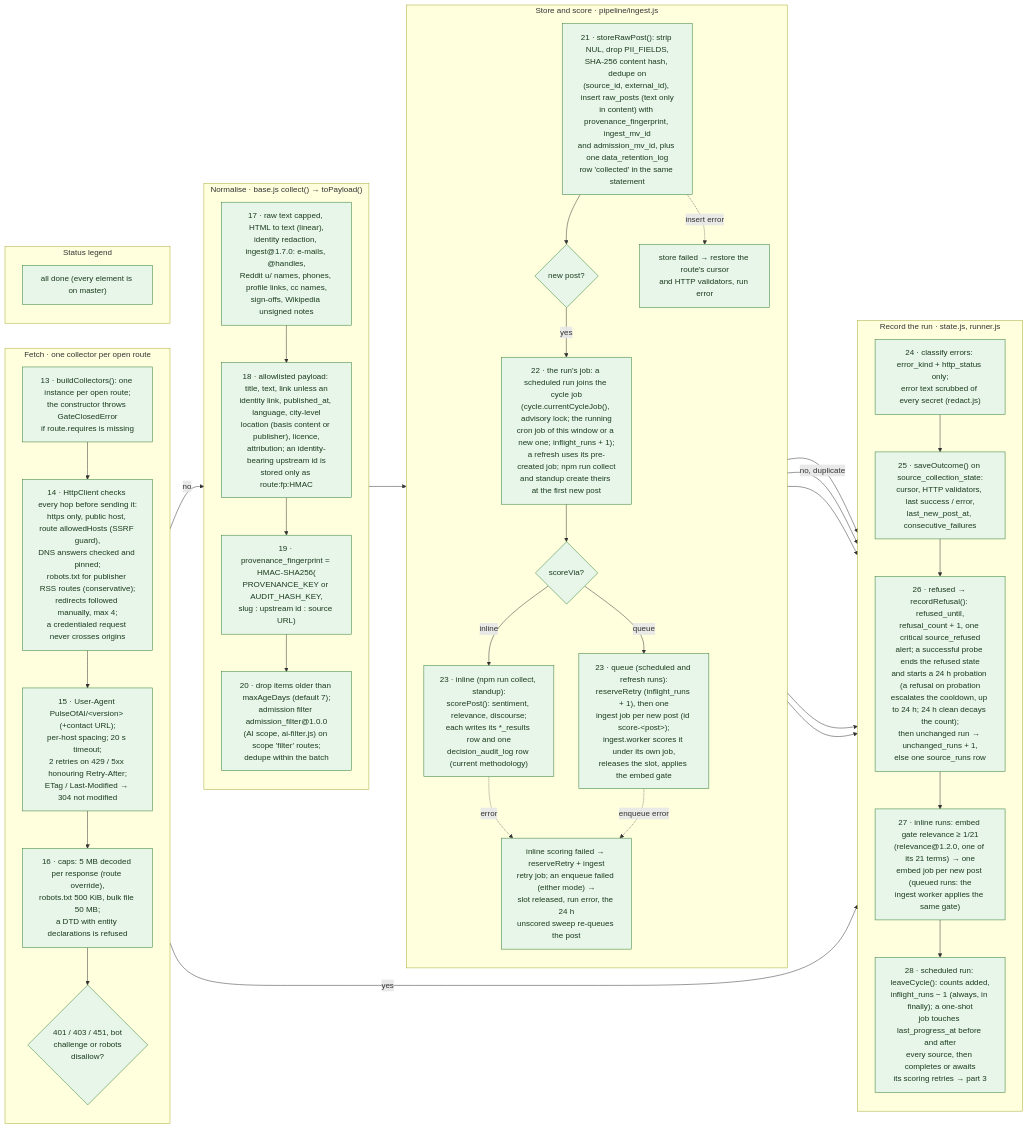
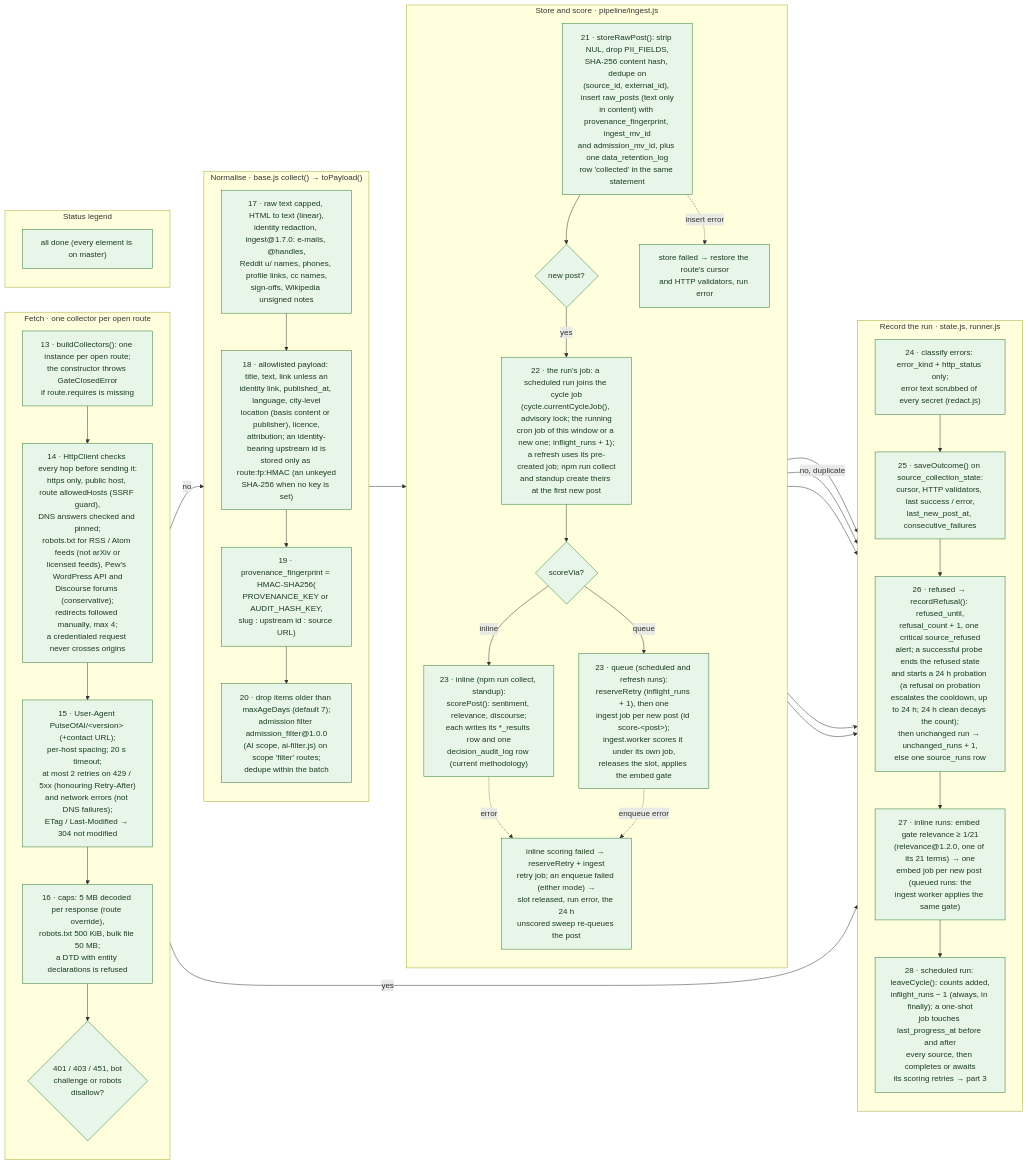
One commit to jennifer-mckinney/pulse-of-ai changed the diagram in docs/diagrams/flows/collection-2-fetch-store-score.mmd. Above: the diagram before and after it, drawn with Mermaid. The commit also changed 35 other files, not shown here.

```diff
--- a/docs/diagrams/flows/collection-2-fetch-store-score.mmd
+++ b/docs/diagrams/flows/collection-2-fetch-store-score.mmd
@@ -1,67 +1,67 @@
 %% Title: Collection cycle · part 2 of 3 · fetch, normalise, store, score
 %% Summary: What one open route of a claimed source does: the guarded HTTP fetch, normalisation with redaction, the admission filter and the provenance fingerprint, storage with the ingest and admission versions, scoring (ingest queue for scheduled and refresh runs, inline for npm run collect and standup) with audit rows, and the run record.
 %% Sources: src/collectors/{index,base,http,netguard,transport,robots,normalize,identity,provenance,errors,redact,state,refusal,cycle,runner,ai-filter}.js, src/workers/{collect,ingest}.worker.js, src/pipeline/{ingest,sentiment,relevance,discourse,methodology}.js, src/config/methodology-registry.js; migrations 022, 031, 040, 042, 062. Spec: TECHNICAL_SPEC.md section 8 (PII handling, provenance); ADR 0001 (terms and politeness, D2); PR #22 decision G6.
 flowchart LR
 
   subgraph FETCH["Fetch · one collector per open route"]
     direction TB
     F1["13 · buildCollectors(): one instance per open route;<br/>the constructor throws GateClosedError<br/>if route.requires is missing"]:::done
-    F2["14 · HttpClient checks every hop before sending it:<br/>https only, public host, route allowedHosts (SSRF guard),<br/>DNS answers checked and pinned;<br/>robots.txt for publisher RSS routes (conservative);<br/>redirects followed manually, max 4;<br/>a credentialed request never crosses origins"]:::done
-    F3["15 · User-Agent PulseOfAI/#lt;version#gt; (+contact URL);<br/>per-host spacing; 20 s timeout;<br/>2 retries on 429 / 5xx honouring Retry-After;<br/>ETag / Last-Modified → 304 not modified"]:::done
+    F2["14 · HttpClient checks every hop before sending it:<br/>https only, public host, route allowedHosts (SSRF guard),<br/>DNS answers checked and pinned;<br/>robots.txt for RSS / Atom feeds (not arXiv or<br/>licensed feeds), Pew's WordPress API and<br/>Discourse forums (conservative);<br/>redirects followed manually, max 4;<br/>a credentialed request never crosses origins"]:::done
+    F3["15 · User-Agent PulseOfAI/#lt;version#gt; (+contact URL);<br/>per-host spacing; 20 s timeout;<br/>at most 2 retries on 429 / 5xx (honouring Retry-After)<br/>and network errors (not DNS failures);<br/>ETag / Last-Modified → 304 not modified"]:::done
     F4["16 · caps: 5 MB decoded per response (route override),<br/>robots.txt 500 KiB, bulk file 50 MB;<br/>a DTD with entity declarations is refused"]:::done
     F5{"401 / 403 / 451, bot<br/>challenge or robots<br/>disallow?"}:::done
     F1 --> F2 --> F3 --> F4 --> F5
   end
 
   subgraph NORM["Normalise · base.js collect() → toPayload()"]
     direction TB
     N1["17 · raw text capped, HTML to text (linear),<br/>identity redaction, ingest@1.7.0: e-mails, @handles,<br/>Reddit u/ names, phones, profile links, cc names,<br/>sign-offs, Wikipedia unsigned notes"]:::done
-    N2["18 · allowlisted payload: title, text, link unless an<br/>identity link, published_at, language, city-level<br/>location (basis content or publisher), licence,<br/>attribution; an identity-bearing upstream id is<br/>stored only as route:fp:HMAC"]:::done
+    N2["18 · allowlisted payload: title, text, link unless an<br/>identity link, published_at, language, city-level<br/>location (basis content or publisher), licence,<br/>attribution; an identity-bearing upstream id is<br/>stored only as route:fp:HMAC (an unkeyed<br/>SHA-256 when no key is set)"]:::done
     N3["19 · provenance_fingerprint = HMAC-SHA256(<br/>PROVENANCE_KEY or AUDIT_HASH_KEY,<br/>slug : upstream id : source URL)"]:::done
     N4["20 · drop items older than maxAgeDays (default 7);<br/>admission filter admission_filter@1.0.0<br/>(AI scope, ai-filter.js) on scope 'filter' routes;<br/>dedupe within the batch"]:::done
     N1 --> N2 --> N3 --> N4
   end
 
   subgraph STORE["Store and score · pipeline/ingest.js"]
     direction TB
     T1["21 · storeRawPost(): strip NUL, drop PII_FIELDS,<br/>SHA-256 content hash, dedupe on<br/>(source_id, external_id), insert raw_posts (text only<br/>in content) with provenance_fingerprint, ingest_mv_id<br/>and admission_mv_id, plus one data_retention_log<br/>row 'collected' in the same statement"]:::done
     T2{"new post?"}:::done
     T3["22 · the run's job: a scheduled run joins the cycle job<br/>(cycle.currentCycleJob(), advisory lock; the running<br/>cron job of this window or a new one; inflight_runs + 1);<br/>a refresh uses its pre-created job; npm run collect<br/>and standup create theirs at the first new post"]:::done
     T7{"scoreVia?"}:::done
     T4["23 · queue (scheduled and refresh runs):<br/>reserveRetry (inflight_runs + 1), then one<br/>ingest job per new post (id score-#lt;post#gt;);<br/>ingest.worker scores it under its own job,<br/>releases the slot, applies the embed gate"]:::done
     T8["23 · inline (npm run collect, standup):<br/>scorePost(): sentiment, relevance, discourse;<br/>each writes its *_results row and one<br/>decision_audit_log row (current methodology)"]:::done
     T5["inline scoring failed → reserveRetry + ingest<br/>retry job; an enqueue failed (either mode) →<br/>slot released, run error, the 24 h<br/>unscored sweep re-queues the post"]:::done
     T6["store failed → restore the route's cursor<br/>and HTTP validators, run error"]:::done
     T1 --> T2
     T2 -- yes --> T3 --> T7
     T7 -- queue --> T4
     T7 -- inline --> T8
   end
 
   subgraph RECORD["Record the run · state.js, runner.js"]
     direction TB
     V1["24 · classify errors: error_kind + http_status only;<br/>error text scrubbed of every secret (redact.js)"]:::done
     V2["25 · saveOutcome() on source_collection_state:<br/>cursor, HTTP validators, last success / error,<br/>last_new_post_at, consecutive_failures"]:::done
     V3["26 · refused → recordRefusal(): refused_until,<br/>refusal_count + 1, one critical source_refused<br/>alert; a successful probe ends the refused state<br/>and starts a 24 h probation (a refusal on probation<br/>escalates the cooldown, up to 24 h; 24 h clean decays the count);<br/>then unchanged run → unchanged_runs + 1,<br/>else one source_runs row"]:::done
     V4["27 · inline runs: embed gate relevance ≥ 1/21<br/>(relevance@1.2.0, one of its 21 terms) → one<br/>embed job per new post (queued runs: the<br/>ingest worker applies the same gate)"]:::done
     V5["28 · scheduled run: leaveCycle(): counts added,<br/>inflight_runs − 1 (always, in finally); a one-shot<br/>job touches last_progress_at before and after<br/>every source, then completes or awaits<br/>its scoring retries → part 3"]:::done
     V1 --> V2 --> V3 --> V4 --> V5
   end
 
   subgraph LEGEND["Status legend"]
     L1["all done (every element is on master)"]:::done
   end
 
   F5 -- yes --> V1
   F5 -- no --> N1
   N4 --> T1
   T1 -. "insert error" .-> T6 --> V1
   T2 -- "no, duplicate" --> V1
   T8 -. "error" .-> T5
   T4 -. "enqueue error" .-> T5
   T5 --> V1
   T4 --> V1
   T8 --> V1
 
   classDef done fill:#e8f5e9,stroke:#2e7d32,color:#1b3d1f
   classDef planned fill:#f2f2f2,stroke:#8a8a8a,color:#4a4a4a,stroke-dasharray:2 3
```
